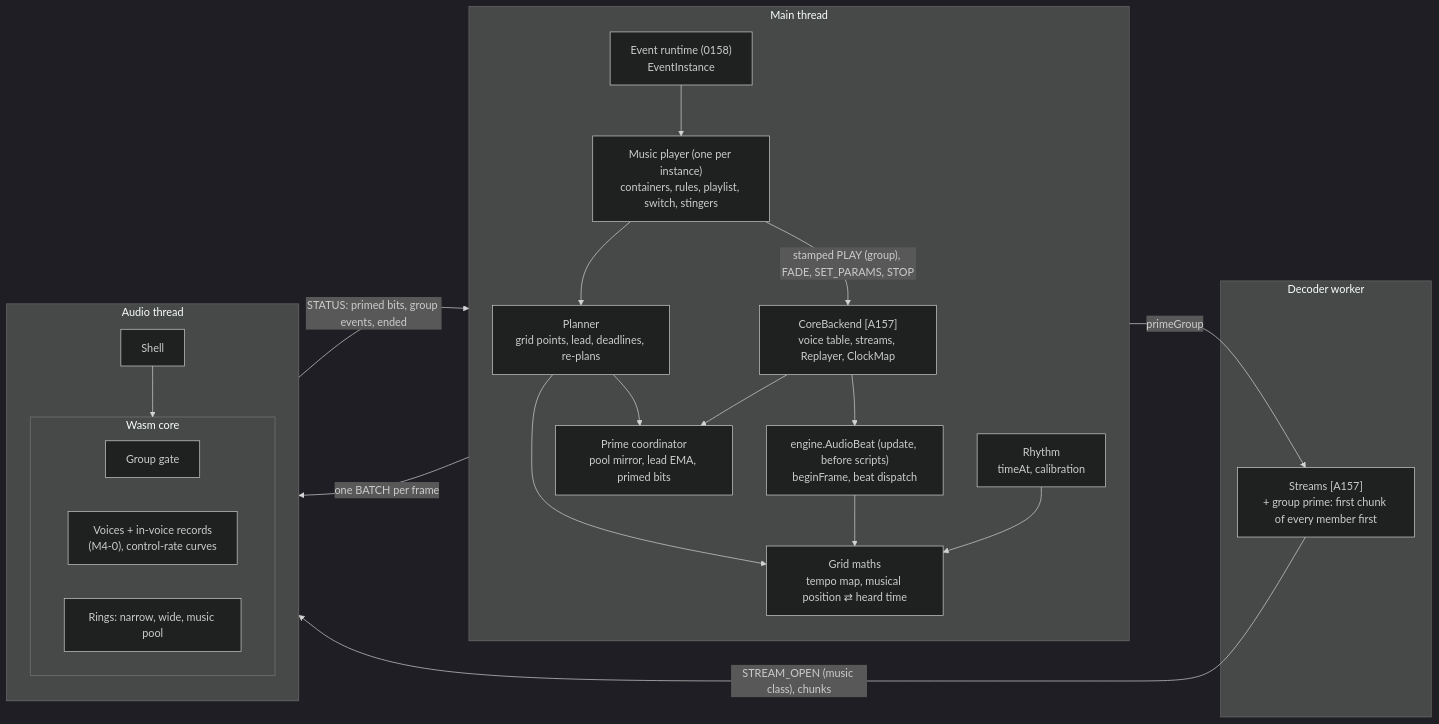
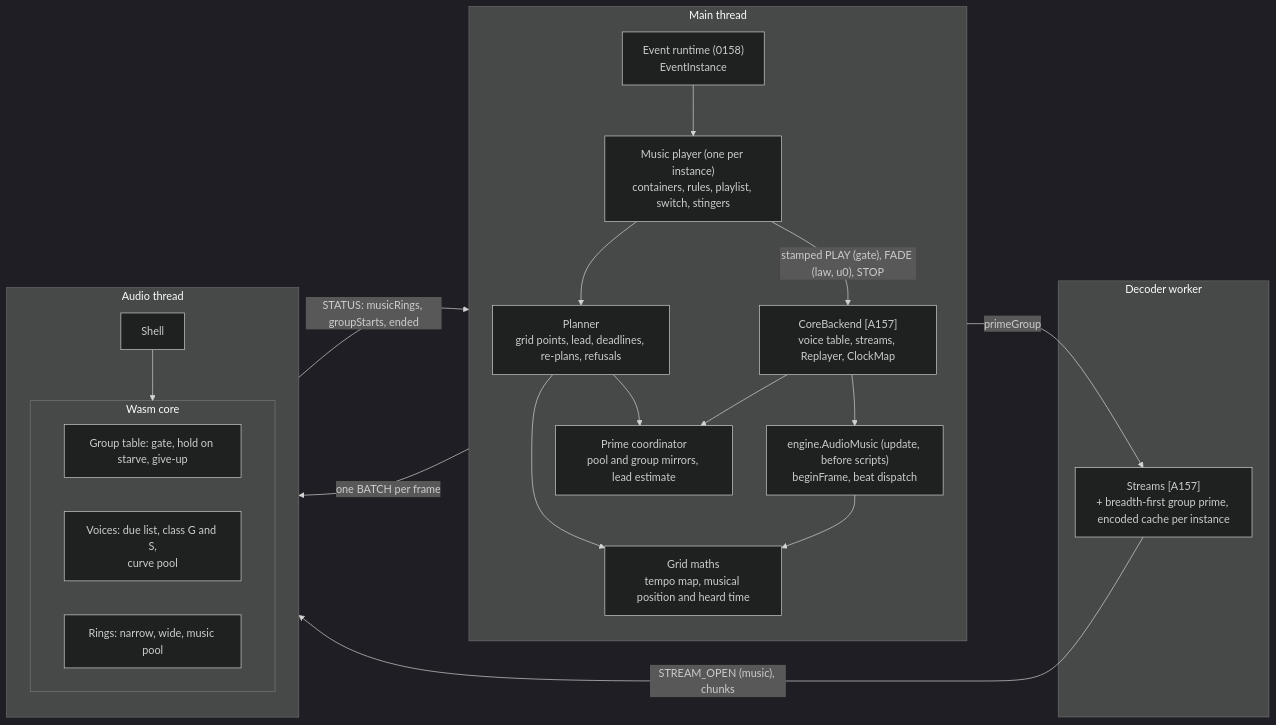
The first of 9 diagrams in docs/design/0166-audio-music/architecture.md (doughtnerd/TranquilityEngine), drawn with Mermaid (dark theme) before and after one commit. The commit also changed other lines of this file and 1 other file, not shown here.

First line of the commit message:
0166 round 2B: architecture and contracts revised under rulings R1-R24

````diff
--- a/docs/design/0166-audio-music/architecture.md
+++ b/docs/design/0166-audio-music/architecture.md
@@ -24,40 +43,38 @@
 ```mermaid
 flowchart LR
   subgraph Main["Main thread"]
     direction TB
-    Beat["engine.AudioBeat (update, before scripts)<br/>beginFrame, beat dispatch"]
+    Beat["engine.AudioMusic (update, before scripts)<br/>beginFrame, beat dispatch"]
     Ev["Event runtime (0158)<br/>EventInstance"]
     MP["Music player (one per instance)<br/>containers, rules, playlist, switch, stingers"]
-    Plan["Planner<br/>grid points, lead, deadlines, re-plans"]
-    Prime["Prime coordinator<br/>pool mirror, lead EMA, primed bits"]
-    Grid["Grid maths<br/>tempo map, musical position ⇄ heard time"]
-    Rhy["Rhythm<br/>timeAt, calibration"]
+    Plan["Planner<br/>grid points, lead, deadlines, re-plans, refusals"]
+    Prime["Prime coordinator<br/>pool and group mirrors, lead estimate"]
+    Grid["Grid maths<br/>tempo map, musical position and heard time"]
     CB["CoreBackend [A157]<br/>voice table, streams, Replayer, ClockMap"]
   end
   subgraph Worker["Decoder worker"]
-    Dec["Streams [A157]<br/>+ group prime: first chunk of every member first"]
+    Dec["Streams [A157]<br/>+ breadth-first group prime, encoded cache per instance"]
   end
   subgraph Worklet["Audio thread"]
     direction TB
     Shell["Shell"]
     subgraph Core["Wasm core"]
-      Gate["Group gate"]
-      Vo["Voices + in-voice records<br/>(M4-0), control-rate curves"]
+      Gate["Group table: gate, hold on starve, give-up"]
+      Vo["Voices: due list, class G and S,<br/>curve pool"]
       Rings["Rings: narrow, wide, music pool"]
     end
   end
   Ev --> MP
   MP --> Plan
   Plan --> Grid
   Plan --> Prime
-  MP -->|"stamped PLAY (group), FADE, SET_PARAMS, STOP"| CB
+  MP -->|"stamped PLAY (gate), FADE (law, u0), STOP"| CB
   Prime -->|"primeGroup"| Dec
   CB -->|"one BATCH per frame"| Shell
-  Dec -->|"STREAM_OPEN (music class), chunks"| Shell
+  Dec -->|"STREAM_OPEN (music), chunks"| Shell
   Shell --> Core
-  Shell -->|"STATUS: primed bits, group events, ended"| CB
+  Shell -->|"STATUS: musicRings, groupStarts, ended"| CB
   CB --> Prime
   CB --> Beat
   Beat --> Grid
-  Rhy --> Grid
 ```
````
